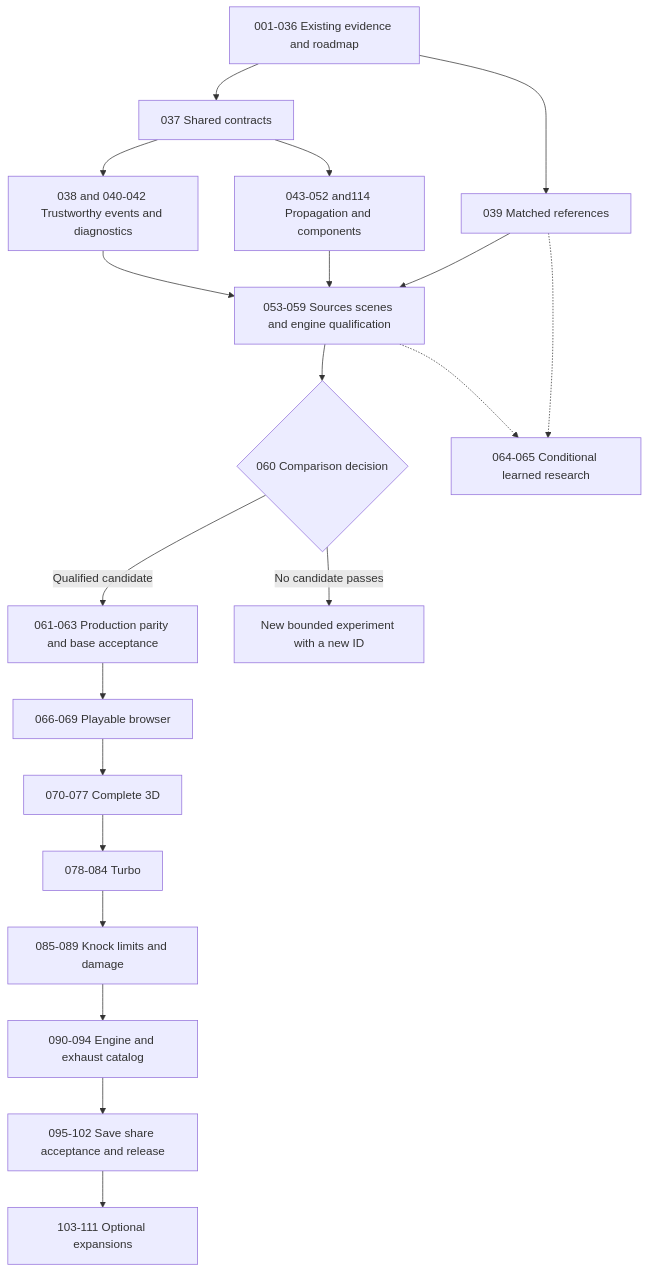
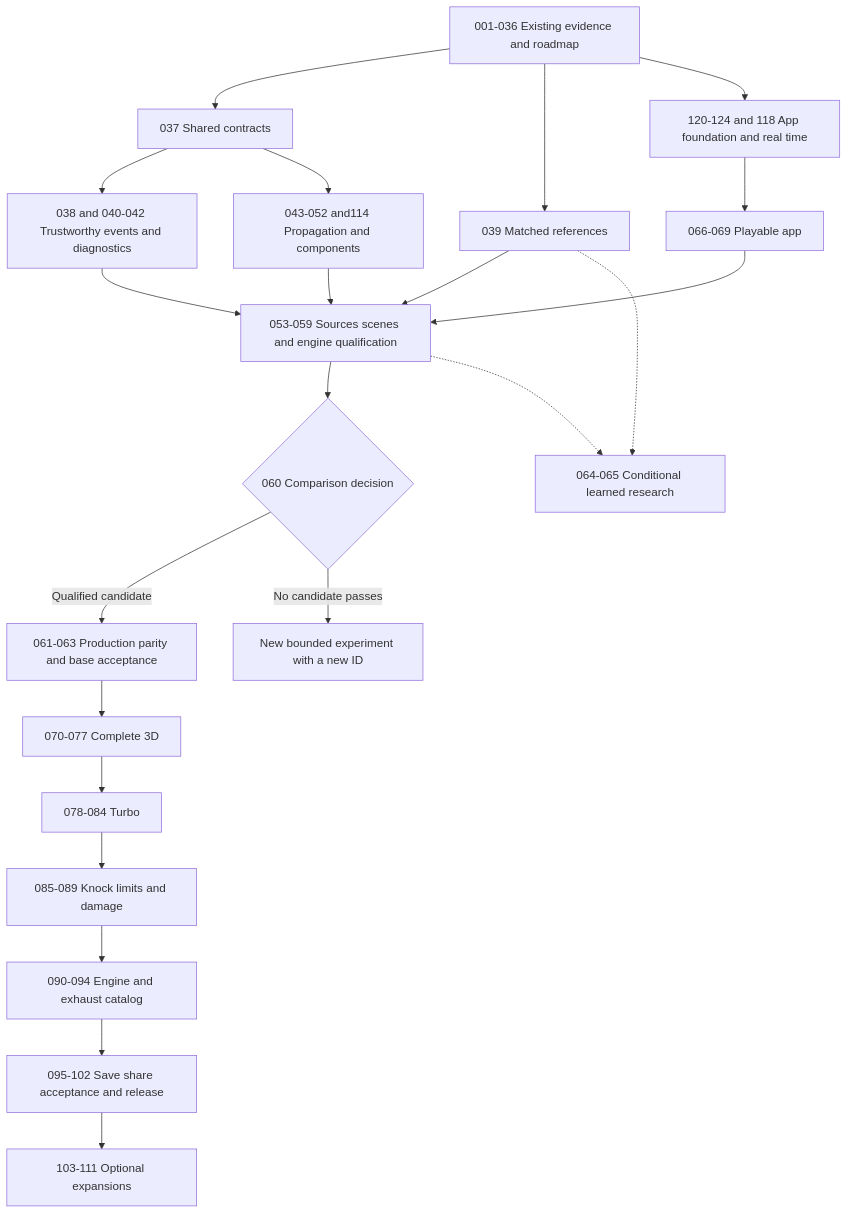
Before and after one commit to bernardovh77/REV-BENCH: the second of 2 diagrams in docs/roadmap/README.md, drawn with Mermaid. The commit also changed other lines of this file and 19 other files, not shown here.

````diff
--- a/docs/roadmap/README.md
+++ b/docs/roadmap/README.md
@@ -237,22 +247,24 @@
 ```mermaid
 flowchart TD
     H[001-036 Existing evidence and roadmap] --> C[037 Shared contracts]
     H --> R[039 Matched references]
     C --> E[038 and 040-042 Trustworthy events and diagnostics]
     C --> P[043-052 and114 Propagation and components]
     E --> I[053-059 Sources scenes and engine qualification]
     P --> I
     R --> I
     I --> D{060 Comparison decision}
     D -->|Qualified candidate| Q[061-063 Production parity and base acceptance]
     D -->|No candidate passes| F[New bounded experiment with a new ID]
-    Q --> B[066-069 Playable browser]
-    B --> V[070-077 Complete 3D]
+    H --> A[120-124 and 118 App foundation and real time]
+    A --> B[066-069 Playable app]
+    B --> I
+    Q --> V[070-077 Complete 3D]
     V --> T[078-084 Turbo]
     T --> K[085-089 Knock limits and damage]
     K --> N[090-094 Engine and exhaust catalog]
     N --> S[095-102 Save share acceptance and release]
     S --> O[103-111 Optional expansions]
     R -.-> L[064-065 Conditional learned research]
     I -.-> L
 ```
````
